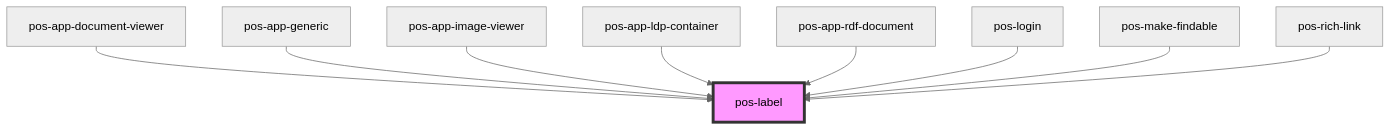
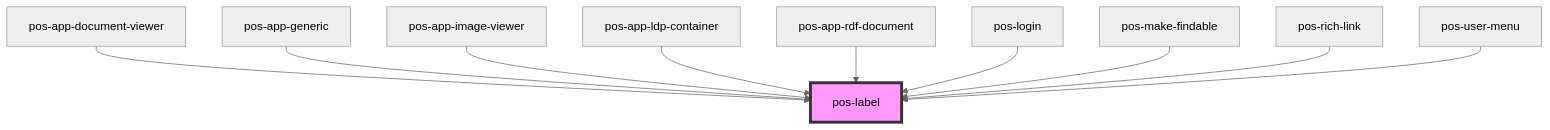
Before and after one commit to pod-os/PodOS: the diagram in docs/elements/components/pos-label/readme.md, drawn with Mermaid (neutral theme). The commit also changed other lines of this file and 5 other files, not shown here.

````diff
--- a/docs/elements/components/pos-label/readme.md
+++ b/docs/elements/components/pos-label/readme.md
@@ -29,12 +30,13 @@
 ```mermaid
 graph TD;
   pos-app-document-viewer --> pos-label
   pos-app-generic --> pos-label
   pos-app-image-viewer --> pos-label
   pos-app-ldp-container --> pos-label
   pos-app-rdf-document --> pos-label
   pos-login --> pos-label
   pos-make-findable --> pos-label
   pos-rich-link --> pos-label
+  pos-user-menu --> pos-label
   style pos-label fill:#f9f,stroke:#333,stroke-width:4px
 ```
````
